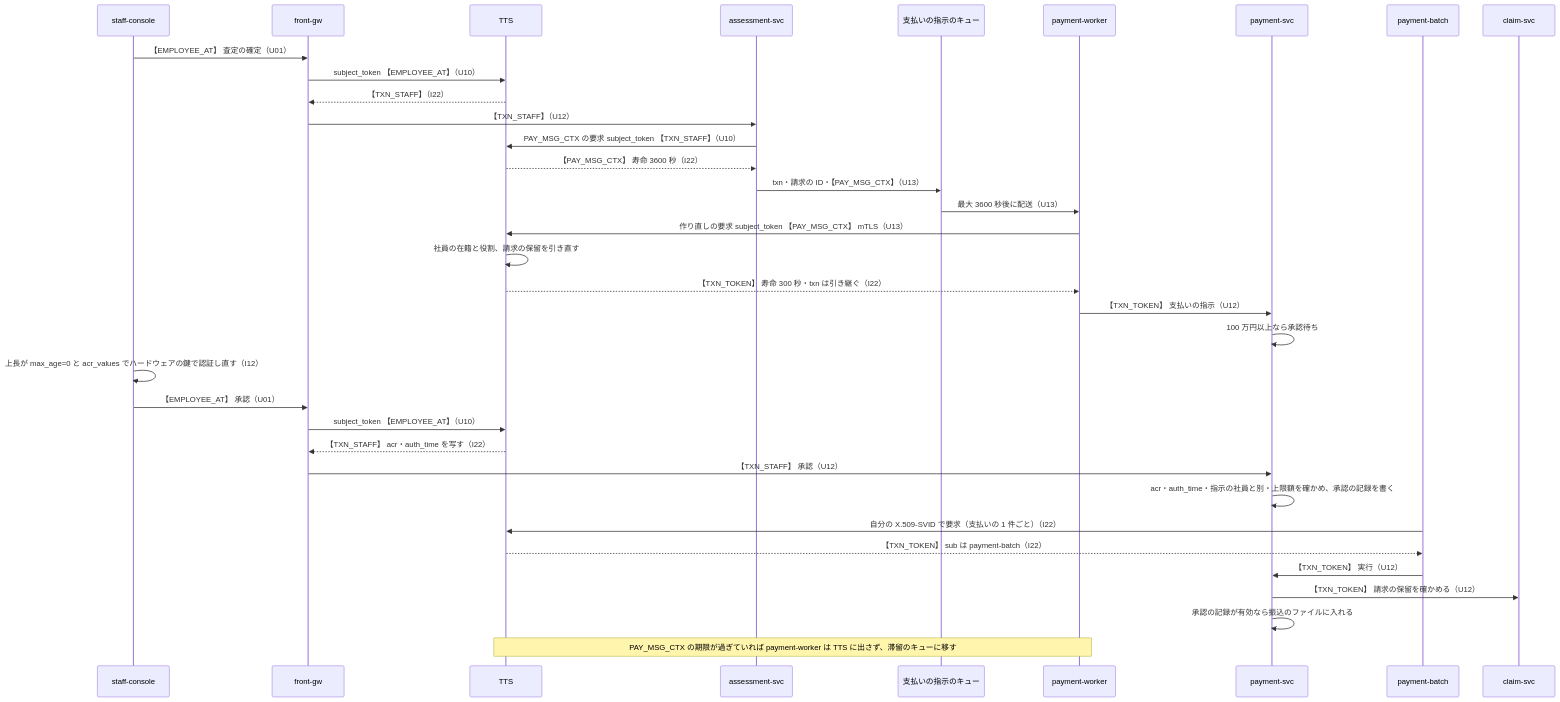
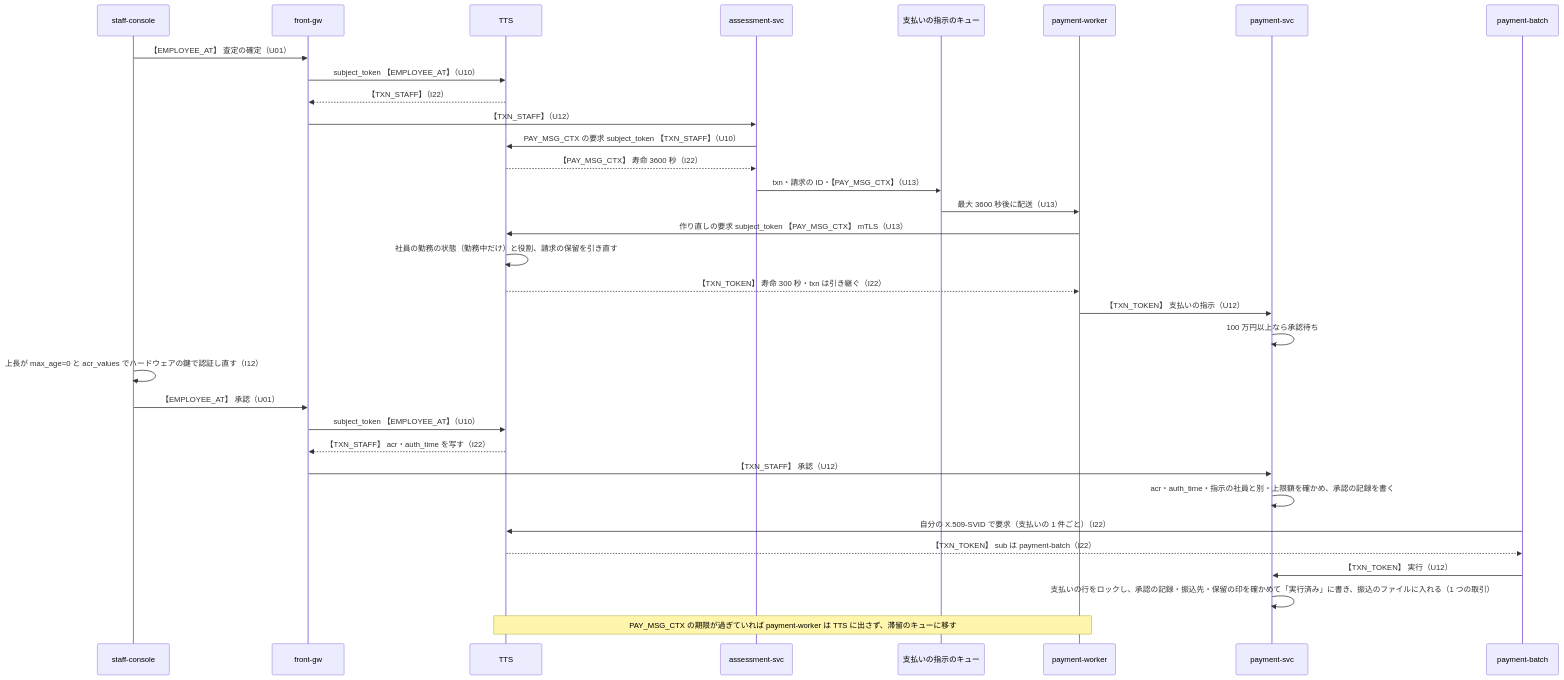
The fourth of 4 diagrams in research/template-design/calibration/set2/control-d/design.md (Takenori-Kusaka/jwt-claims-guide), drawn with Mermaid before and after one commit. The commit also changed other lines of this file and 25 other files, not shown here.

````diff
--- a/research/template-design/calibration/set2/control-d/design.md
+++ b/research/template-design/calibration/set2/control-d/design.md
@@ -594,37 +603,35 @@
 ```mermaid
 sequenceDiagram
   participant S as staff-console
   participant G as front-gw
   participant T as TTS
   participant M as assessment-svc
   participant Q as 支払いの指示のキュー
   participant W as payment-worker
   participant P as payment-svc
   participant B as payment-batch
-  participant C as claim-svc
   S->>G: 【EMPLOYEE_AT】 査定の確定（U01）
   G->>T: subject_token 【EMPLOYEE_AT】（U10）
   T-->>G: 【TXN_STAFF】（I22）
   G->>M: 【TXN_STAFF】（U12）
   M->>T: PAY_MSG_CTX の要求 subject_token 【TXN_STAFF】（U10）
   T-->>M: 【PAY_MSG_CTX】 寿命 3600 秒（I22）
   M->>Q: txn・請求の ID・【PAY_MSG_CTX】（U13）
   Q->>W: 最大 3600 秒後に配送（U13）
   W->>T: 作り直しの要求 subject_token 【PAY_MSG_CTX】 mTLS（U13）
-  T->>T: 社員の在籍と役割、請求の保留を引き直す
+  T->>T: 社員の勤務の状態（勤務中だけ）と役割、請求の保留を引き直す
   T-->>W: 【TXN_TOKEN】 寿命 300 秒・txn は引き継ぐ（I22）
   W->>P: 【TXN_TOKEN】 支払いの指示（U12）
   P->>P: 100 万円以上なら承認待ち
   S->>S: 上長が max_age=0 と acr_values でハードウェアの鍵で認証し直す（I12）
   S->>G: 【EMPLOYEE_AT】 承認（U01）
   G->>T: subject_token 【EMPLOYEE_AT】（U10）
   T-->>G: 【TXN_STAFF】 acr・auth_time を写す（I22）
   G->>P: 【TXN_STAFF】 承認（U12）
   P->>P: acr・auth_time・指示の社員と別・上限額を確かめ、承認の記録を書く
   B->>T: 自分の X.509-SVID で要求（支払いの 1 件ごと）（I22）
   T-->>B: 【TXN_TOKEN】 sub は payment-batch（I22）
   B->>P: 【TXN_TOKEN】 実行（U12）
-  P->>C: 【TXN_TOKEN】 請求の保留を確かめる（U12）
-  P->>P: 承認の記録が有効なら振込のファイルに入れる
+  P->>P: 支払いの行をロックし、承認の記録・振込先・保留の印を確かめて「実行済み」に書き、振込のファイルに入れる（1 つの取引）
   Note over W,T: PAY_MSG_CTX の期限が過ぎていれば payment-worker は TTS に出さず、滞留のキューに移す
 ```
````
